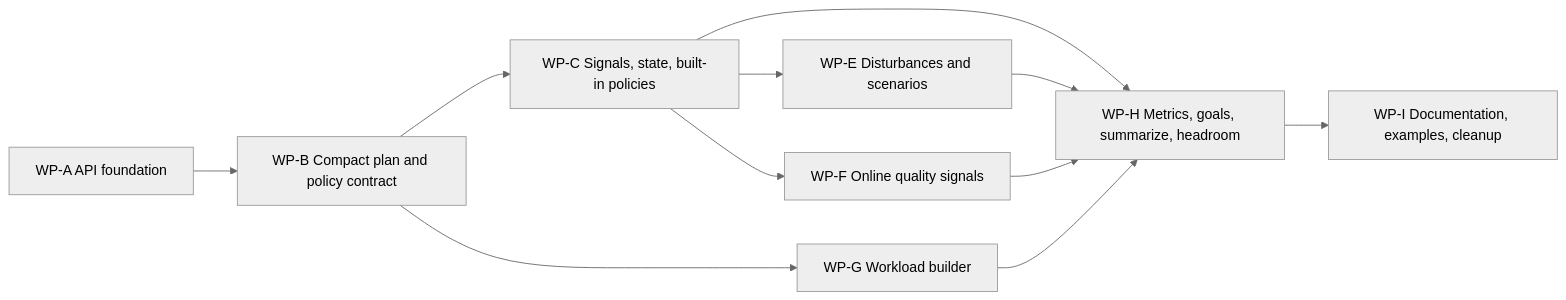
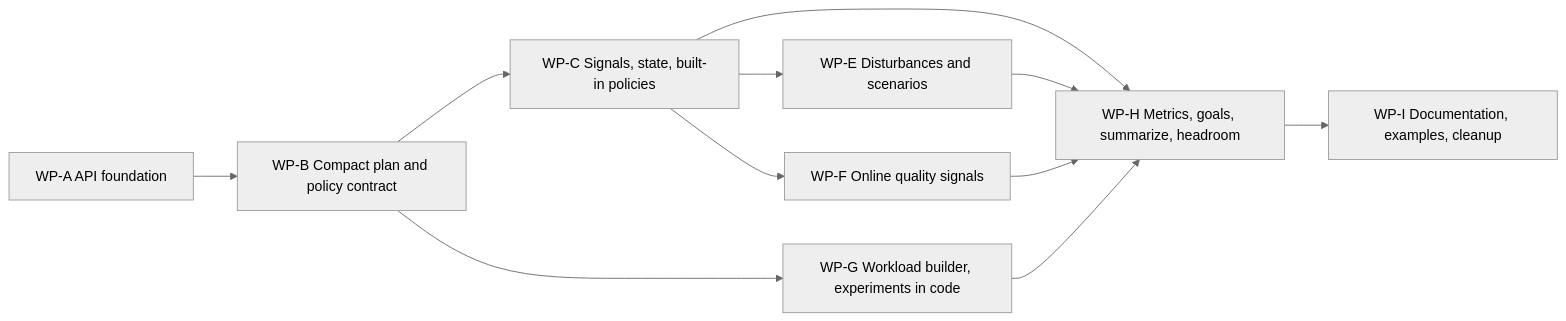
One commit to michelav/llmcontextbench changed the sixth of 6 diagrams in docs/development/adaptive/framework-api-design.md. Above: the diagram before and after it, drawn with Mermaid (neutral theme). The commit also changed other lines of this file, not shown here.

First line of the commit message:
docs(adaptive): make code-built experiments a first-class path

````diff
--- a/docs/development/adaptive/framework-api-design.md
+++ b/docs/development/adaptive/framework-api-design.md
@@ -1485,13 +1507,13 @@
 ```mermaid
 flowchart LR
     A[WP-A API foundation] --> B[WP-B Compact plan and policy contract]
     B --> C[WP-C Signals, state, built-in policies]
     C --> E[WP-E Disturbances and scenarios]
     C --> F[WP-F Online quality signals]
-    B --> G[WP-G Workload builder]
+    B --> G[WP-G Workload builder, experiments in code]
     C --> H[WP-H Metrics, goals, summarize, headroom]
     E --> H
     F --> H
     G --> H
     H --> I[WP-I Documentation, examples, cleanup]
 ```
````
